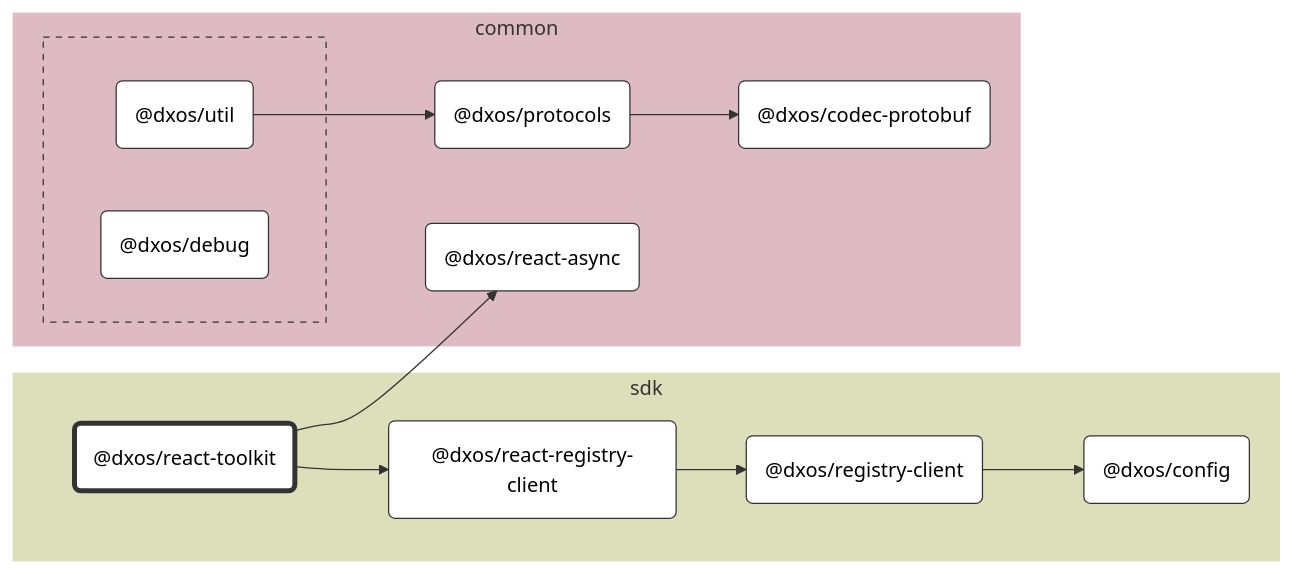
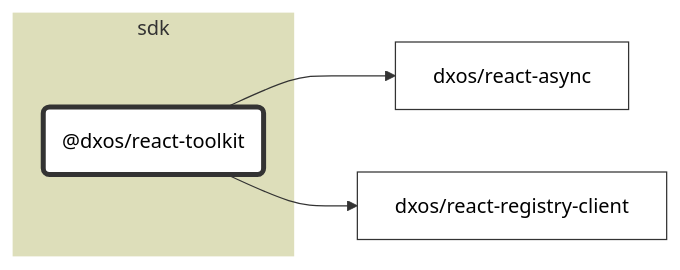
The diagram in packages/sdk/react-toolkit/docs/README.md (dxos/dxos), drawn with Mermaid (neutral theme) before and after one commit. The commit also changed 84 other files, not shown here.

````diff
--- a/packages/sdk/react-toolkit/docs/README.md
+++ b/packages/sdk/react-toolkit/docs/README.md
@@ -7,65 +7,22 @@
 ```mermaid
 %%{ init: {'flowchart':{'curve':'basis'}} }%%
 
 flowchart LR
 
-%% Links
-dxos/protocols --> dxos/codec-protobuf;
-dxos/react-registry-client --> dxos/registry-client;
-dxos/react-toolkit --> dxos/react-async;
-dxos/react-toolkit --> dxos/react-registry-client;
-dxos/registry-client --> dxos/config;
-dxos/util --> dxos/protocols;
+%% Classes
+classDef default fill:#fff,stroke:#333,stroke-width:1px
+classDef root fill:#fff,stroke:#333,stroke-width:4px
 
-%% Sections
-subgraph sdk
-  style sdk fill:#dddeba,stroke:#fff;
+%% Nodes
 
-  dxos/config("@dxos/config")
-  dxos/react-registry-client("@dxos/react-registry-client")
-  dxos/react-toolkit("@dxos/react-toolkit")
-  dxos/registry-client("@dxos/registry-client")
+subgraph sdk [sdk]
+  style sdk fill:#dddeba,stroke:#fff
+  dxos/react-toolkit("@dxos/react-toolkit"):::root
+  click dxos/react-toolkit "dxos/dxos/tree/main/packages/sdk/react-toolkit/docs"
 end
 
-subgraph common
-  style common fill:#debac2,stroke:#fff;
-
-  dxos/codec-protobuf("@dxos/codec-protobuf")
-  dxos/protocols("@dxos/protocols")
-  dxos/react-async("@dxos/react-async")
-
-  subgraph common-excluded [ ]
-    style common-excluded fill:#debac2,stroke:#333,stroke-dasharray:5 5;
-
-    dxos/debug("@dxos/debug")
-    dxos/util("@dxos/util")
-  end
-end
-
-
-%% Hyperlinks
-click dxos/codec-protobuf "dxos/dxos/tree/main/packages/common/codec-protobuf/docs";
-click dxos/config "dxos/dxos/tree/main/packages/sdk/config/docs";
-click dxos/debug "dxos/dxos/tree/main/packages/common/debug/docs";
-click dxos/protocols "dxos/dxos/tree/main/packages/common/protocols/docs";
-click dxos/react-async "dxos/dxos/tree/main/packages/common/react-async/docs";
-click dxos/react-registry-client "dxos/dxos/tree/main/packages/sdk/react-registry-client/docs";
-click dxos/registry-client "dxos/dxos/tree/main/packages/sdk/registry-client/docs";
-click dxos/util "dxos/dxos/tree/main/packages/common/util/docs";
-
-%% Styles
-classDef rootNode fill:#fff,stroke:#333,stroke-width:4px
-classDef defaultNode fill:#fff,stroke:#333,stroke-width:1px
+%% Links
 linkStyle default stroke:#333,stroke-width:1px
-
-dxos/react-toolkit:::rootNode
-
-dxos/codec-protobuf:::defaultNode
-dxos/config:::defaultNode
-dxos/debug:::defaultNode
-dxos/protocols:::defaultNode
-dxos/react-async:::defaultNode
-dxos/react-registry-client:::defaultNode
-dxos/registry-client:::defaultNode
-dxos/util:::defaultNode
+dxos/react-toolkit --> dxos/react-async
+dxos/react-toolkit --> dxos/react-registry-client
 ```
````
